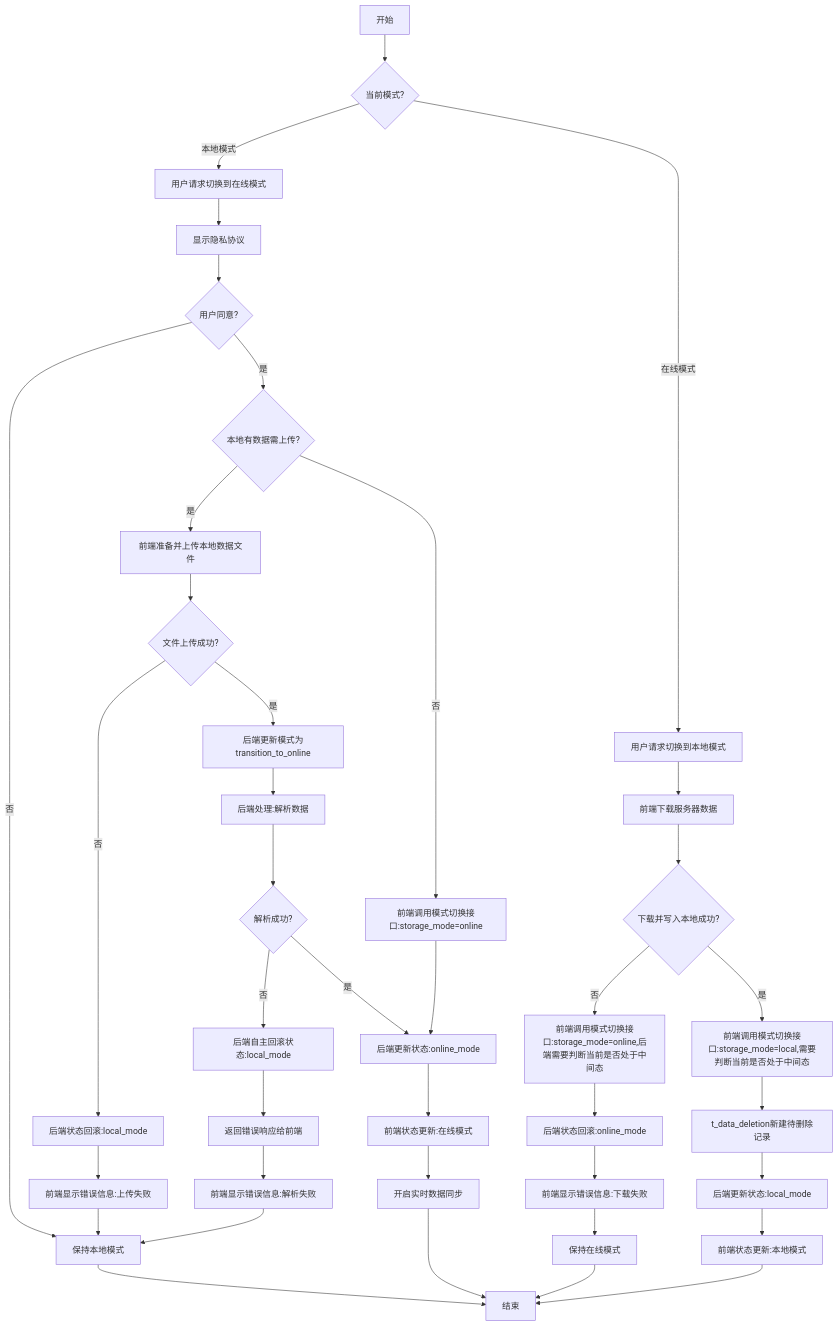
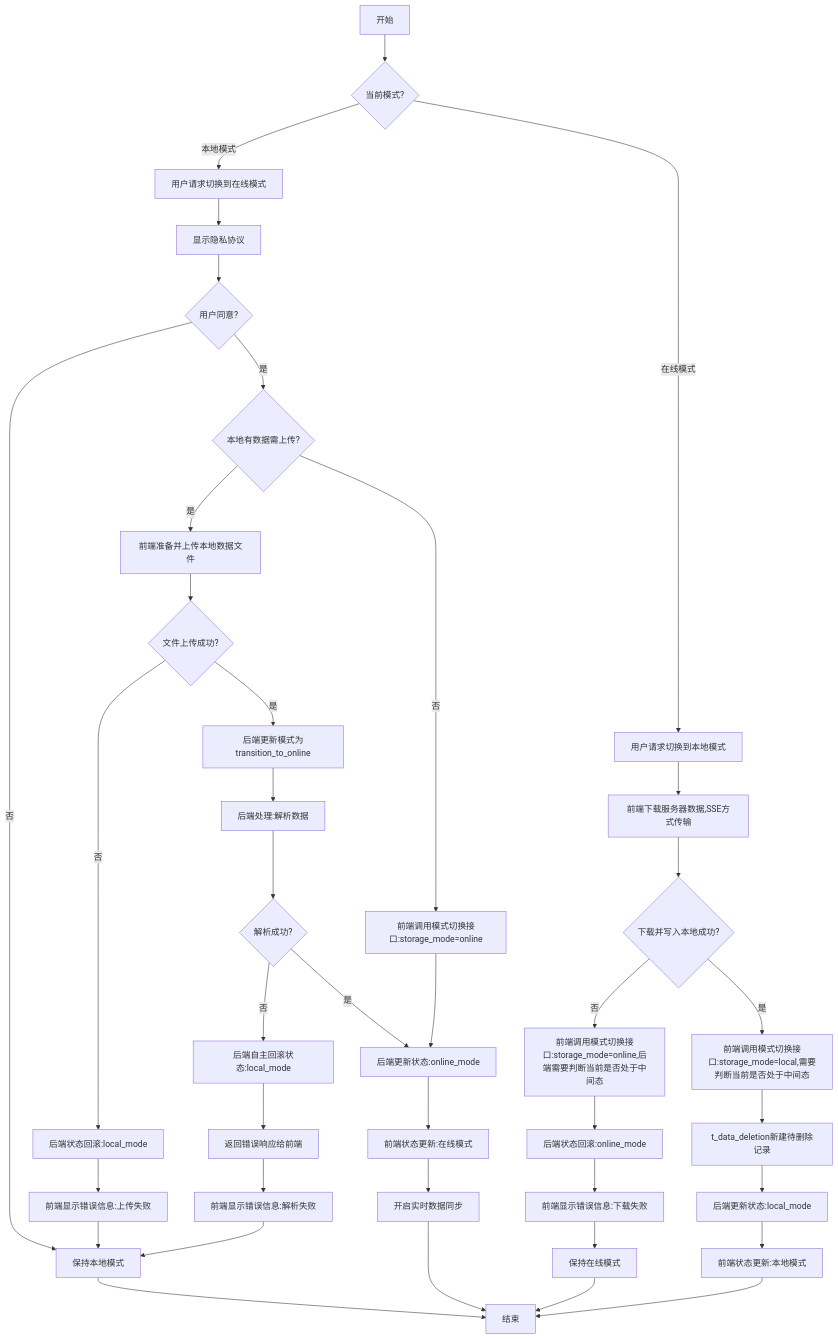
Before and after one commit to yingjianzh/iodraw-files: the diagram in all/未命名-68.md, drawn with Mermaid.

Commit message:
2025-06-04 10:06:14 update

````diff
--- a/all/未命名-68.md
+++ b/all/未命名-68.md
@@ -1,63 +1,63 @@
 ```mermaid
 
 flowchart TD
     A[开始] --> B{当前模式?}
     
     %% 本地模式转在线模式
     B -->|本地模式| C[用户请求切换到在线模式]
     C --> D[显示隐私协议]
     D --> E{用户同意?}
 
 
     E -->|否| F[保持本地模式]
     F --> Z[结束]
     
     E -->|是| J{本地有数据需上传?}
     
     %% 有本地数据需上传的情况
     J -->|是| K[前端准备并上传本地数据文件]
     K --> L{文件上传成功?}
     
     %% 上传失败的情况
     L -->|否| N[后端状态回滚:local_mode]
     N --> O[前端显示错误信息:上传失败]
     O --> F
     
     %% 上传成功但解析失败的情况
     L -->|是| G[后端更新模式为transition_to_online]
     G --> P[后端处理:解析数据]
     P --> Q{解析成功?}
     Q -->|否| R[后端自主回滚状态:local_mode]
     R --> S[返回错误响应给前端]
     S --> T[前端显示错误信息:解析失败]
     T --> F
     
     %% 全部成功的情况
     Q -->|是| U[后端更新状态:online_mode]
     J -->|否| V[前端调用模式切换接口:storage_mode=online]
     V --> U
     
     U --> W[前端状态更新:在线模式]
     W --> X[开启实时数据同步]
     X --> Z
     
     %% 在线模式转本地模式
     B -->|在线模式| AA[用户请求切换到本地模式]
-    AA -->  AE[前端下载服务器数据]
+    AA --> AE[前端下载服务器数据,SSE方式传输]
     AE --> AF{下载并写入本地成功?}
     
     %% 下载失败的情况
     AF -->|否| AG[前端调用模式切换接口:storage_mode=online,后端需要判断当前是否处于中间态]
     AG --> AH[后端状态回滚:online_mode]
     AH --> AI[前端显示错误信息:下载失败]
     AI --> AJ[保持在线模式]
     AJ --> Z
     
     %% 下载成功的情况
     AF -->|是| AK[前端调用模式切换接口:storage_mode=local,需要判断当前是否处于中间态]
     AK --> AL[t_data_deletion新建待删除记录]
     AL --> AM[后端更新状态:local_mode]
     AM --> AN[前端状态更新:本地模式]
     AN --> Z
 
 ```
````
